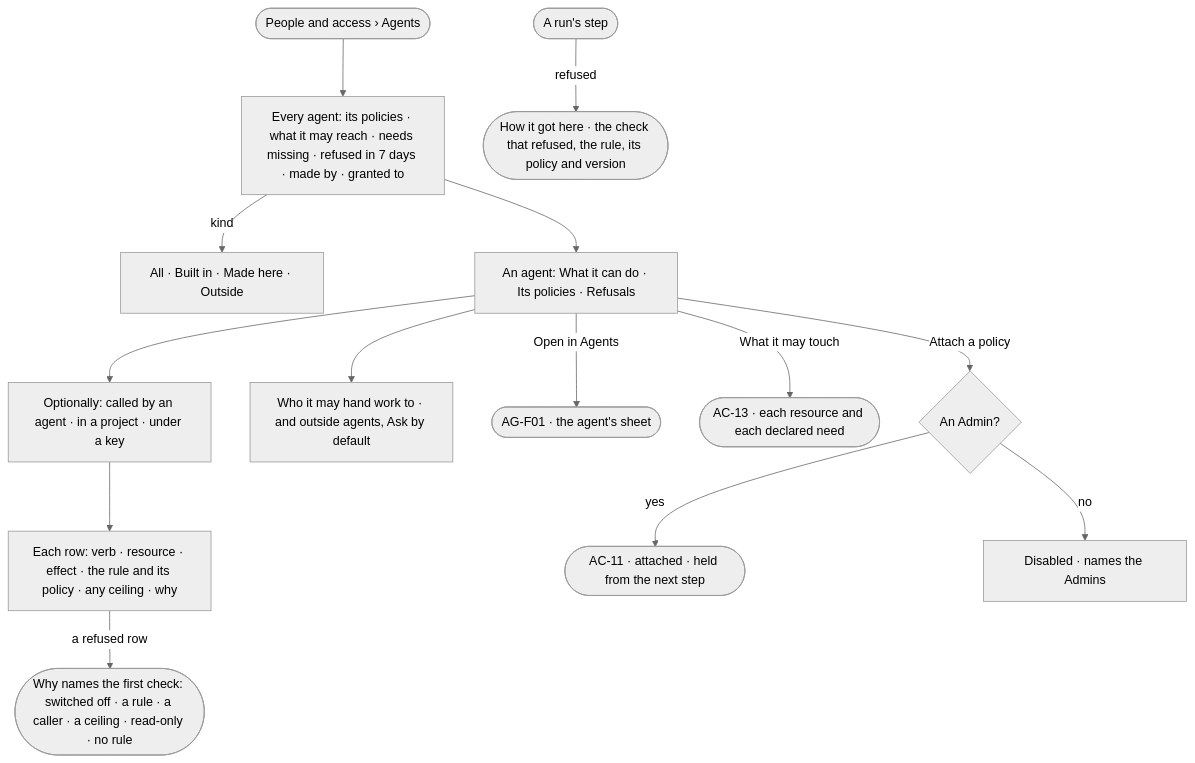
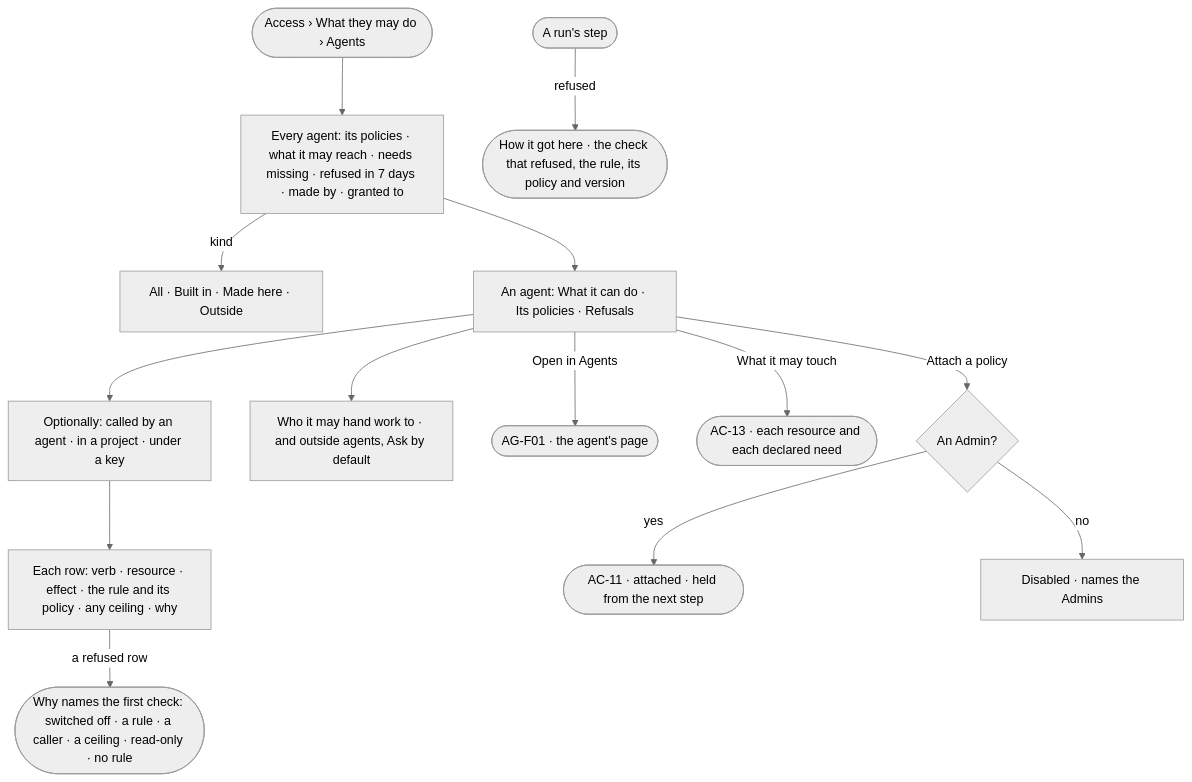
Before and after one commit to invana/invana: the diagram in specs/os/access/features/AC-F04-what-an-agent-may-touch/stories/AC-12-see-why-an-agent-can-or-cannot/story.md, drawn with Mermaid (neutral theme). The commit also changed other lines of this file and 133 other files, not shown here.

````diff
--- a/specs/os/access/features/AC-F04-what-an-agent-may-touch/stories/AC-12-see-why-an-agent-can-or-cannot/story.md
+++ b/specs/os/access/features/AC-F04-what-an-agent-may-touch/stories/AC-12-see-why-an-agent-can-or-cannot/story.md
@@ -26,16 +26,16 @@
 ```mermaid
 flowchart TD
-  t([People and access › Agents]) --> l["Every agent: its policies · what it may reach · needs missing · refused in 7 days · made by · granted to"]
+  t([Access › What they may do › Agents]) --> l["Every agent: its policies · what it may reach · needs missing · refused in 7 days · made by · granted to"]
   l -->|kind| k["All · Built in · Made here · Outside"]
   l --> a["An agent: What it can do · Its policies · Refusals"]
   a --> as["Optionally: called by an agent · in a project · under a key"]
   as --> m["Each row: verb · resource · effect · the rule and its policy · any ceiling · why"]
   m -->|a refused row| why(["Why names the first check: switched off · a rule · a caller · a ceiling · read-only · no rule"])
   a --> dg["Who it may hand work to · and outside agents, Ask by default"]
-  a -->|Open in Agents| ag(["AG-F01 · the agent's sheet"])
+  a -->|Open in Agents| ag(["AG-F01 · the agent's page"])
   a -->|What it may touch| wt(["AC-13 · each resource and each declared need"])
   a -->|Attach a policy| at{"An Admin?"}
   at -->|yes| ok(["AC-11 · attached · held from the next step"])
   at -->|no| ask["Disabled · names the Admins"]
   run([A run's step]) -->|refused| how(["How it got here · the check that refused, the rule, its policy and version"])
 ```
````
